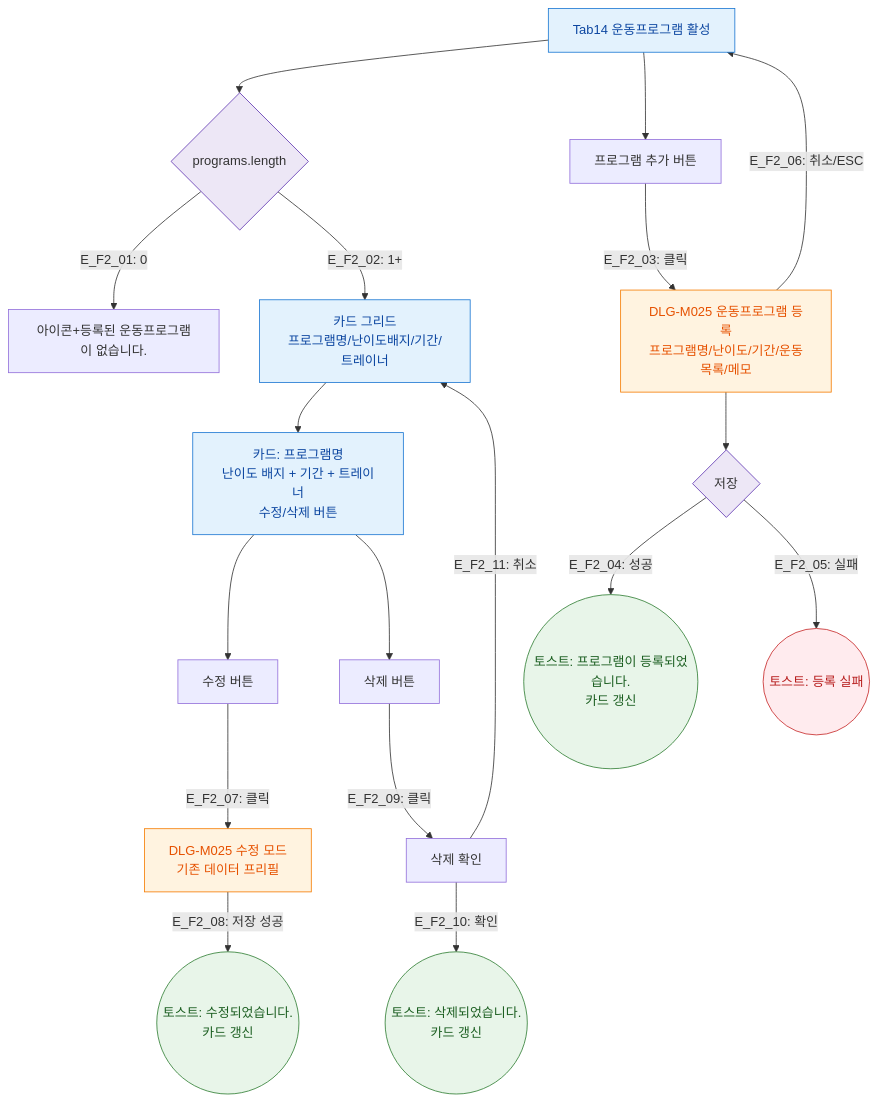
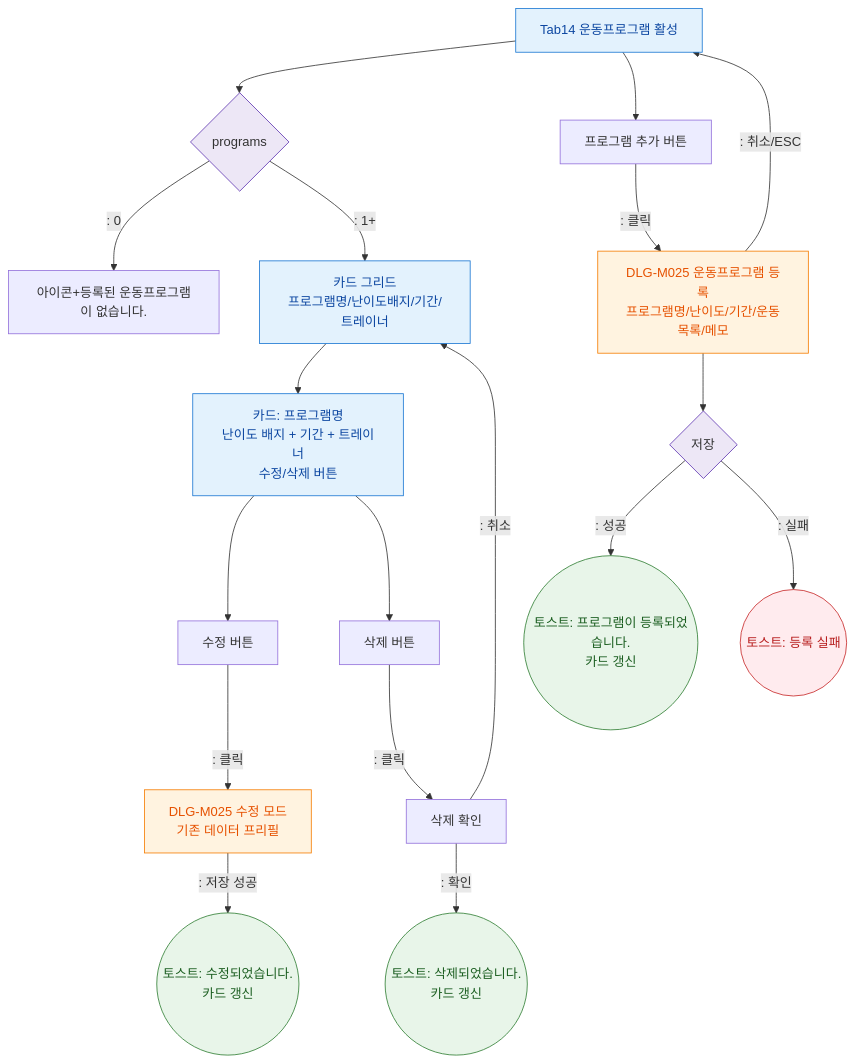
Before and after one commit to dev-spogym/admin-pando: the diagram in docs/다이어그램/D02_회원관리/SCR-M004_회원상세/Tab14_운동프로그램/F2_메인.md, drawn with Mermaid. The commit also changed other lines of this file and 1660 other files, not shown here.

First line of the commit message:
다이어그램: 기획자/클라이언트 납품본으로 정리

````diff
--- a/docs/다이어그램/D02_회원관리/SCR-M004_회원상세/Tab14_운동프로그램/F2_메인.md
+++ b/docs/다이어그램/D02_회원관리/SCR-M004_회원상세/Tab14_운동프로그램/F2_메인.md
@@ -23,37 +21,37 @@
 ```mermaid
 flowchart TD
-  TAB[Tab14 운동프로그램 활성] --> LIST{programs.length}
+  TAB[Tab14 운동프로그램 활성] --> LIST{programs}
 
-  LIST -->|"E_F2_01: 0"| EMPTY[아이콘+등록된 운동프로그램이 없습니다.]
-  LIST -->|"E_F2_02: 1+"| GRID[카드 그리드\n프로그램명/난이도배지/기간/트레이너]
+  LIST -->|": 0"|EMPTY[아이콘+등록된 운동프로그램이 없습니다.]
+  LIST -->|": 1+"|GRID[카드 그리드\n프로그램명/난이도배지/기간/트레이너]
 
   TAB --> ADD_BTN[프로그램 추가 버튼]
-  ADD_BTN -->|"E_F2_03: 클릭"| DLG_M025[DLG-M025 운동프로그램 등록\n프로그램명/난이도/기간/운동목록/메모]
+  ADD_BTN -->|": 클릭"|DLG_M025[DLG-M025 운동프로그램 등록\n프로그램명/난이도/기간/운동목록/메모]
 
   DLG_M025 --> SAVE_BTN{저장}
-  SAVE_BTN -->|"E_F2_04: 성공"| INSERT_OK((토스트: 프로그램이 등록되었습니다.\n카드 갱신))
-  SAVE_BTN -->|"E_F2_05: 실패"| INSERT_ERR((토스트: 등록 실패))
-  DLG_M025 -->|"E_F2_06: 취소/ESC"| TAB
+  SAVE_BTN -->|": 성공"|INSERT_OK((토스트: 프로그램이 등록되었습니다.\n카드 갱신))
+  SAVE_BTN -->|": 실패"|INSERT_ERR((토스트: 등록 실패))
+  DLG_M025 -->|": 취소/ESC"|TAB
 
   GRID --> CARD[카드: 프로그램명\n난이도 배지 + 기간 + 트레이너\n수정/삭제 버튼]
 
   CARD --> EDIT_BTN[수정 버튼]
-  EDIT_BTN -->|"E_F2_07: 클릭"| EDIT_DLG[DLG-M025 수정 모드\n기존 데이터 프리필]
-  EDIT_DLG -->|"E_F2_08: 저장 성공"| UPDATE_OK((토스트: 수정되었습니다.\n카드 갱신))
+  EDIT_BTN -->|": 클릭"|EDIT_DLG[DLG-M025 수정 모드\n기존 데이터 프리필]
+  EDIT_DLG -->|": 저장 성공"|UPDATE_OK((토스트: 수정되었습니다.\n카드 갱신))
 
   CARD --> DEL_BTN[삭제 버튼]
-  DEL_BTN -->|"E_F2_09: 클릭"| DEL_CONFIRM[삭제 확인]
-  DEL_CONFIRM -->|"E_F2_10: 확인"| DEL_OK((토스트: 삭제되었습니다.\n카드 갱신))
-  DEL_CONFIRM -->|"E_F2_11: 취소"| GRID
+  DEL_BTN -->|": 클릭"|DEL_CONFIRM[삭제 확인]
+  DEL_CONFIRM -->|": 확인"|DEL_OK((토스트: 삭제되었습니다.\n카드 갱신))
+  DEL_CONFIRM -->|": 취소"|GRID
 
   classDef screen fill:#E3F2FD,stroke:#1976D2,color:#0D47A1
   classDef modal fill:#FFF3E0,stroke:#F57C00,color:#E65100
   classDef success fill:#E8F5E9,stroke:#2E7D32,color:#1B5E20
   classDef error fill:#FFEBEE,stroke:#C62828,color:#B71C1C
   classDef system fill:#EDE7F6,stroke:#5E35B2
   class TAB,GRID,CARD screen
   class DLG_M025,EDIT_DLG modal
   class INSERT_OK,UPDATE_OK,DEL_OK success
   class INSERT_ERR error
   class LIST,SAVE_BTN system
 ```
````
